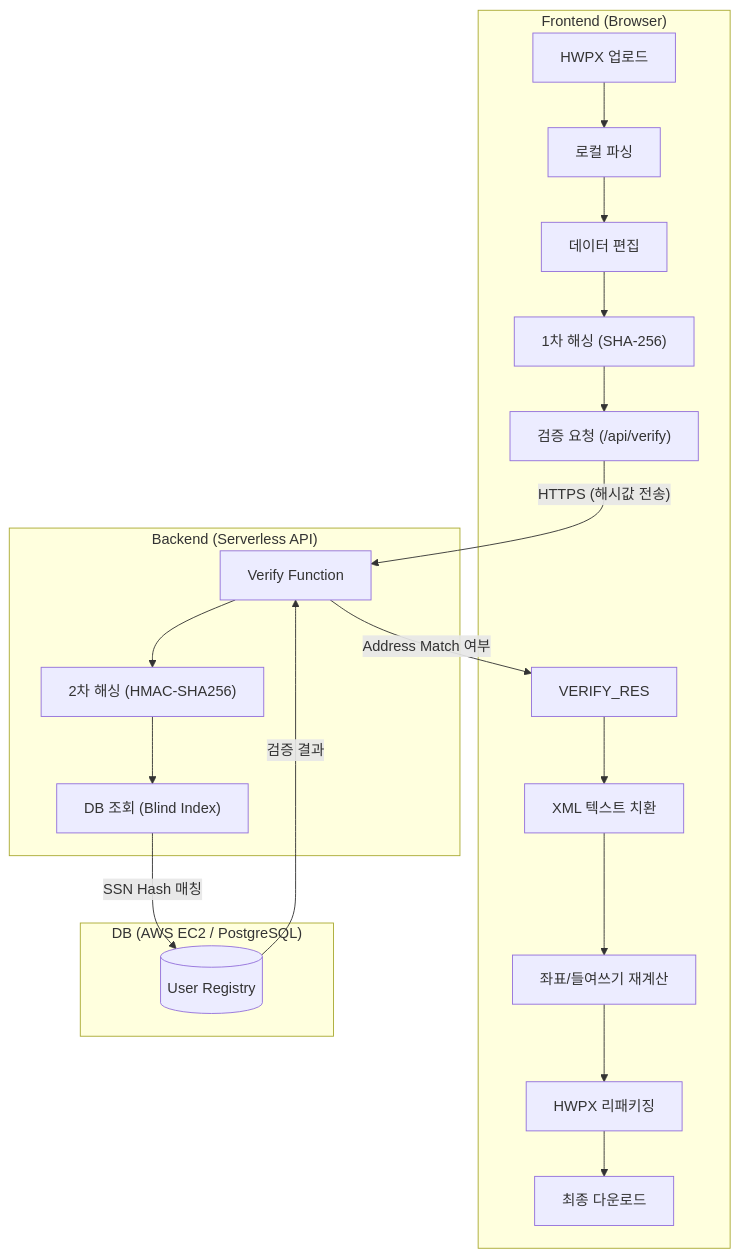
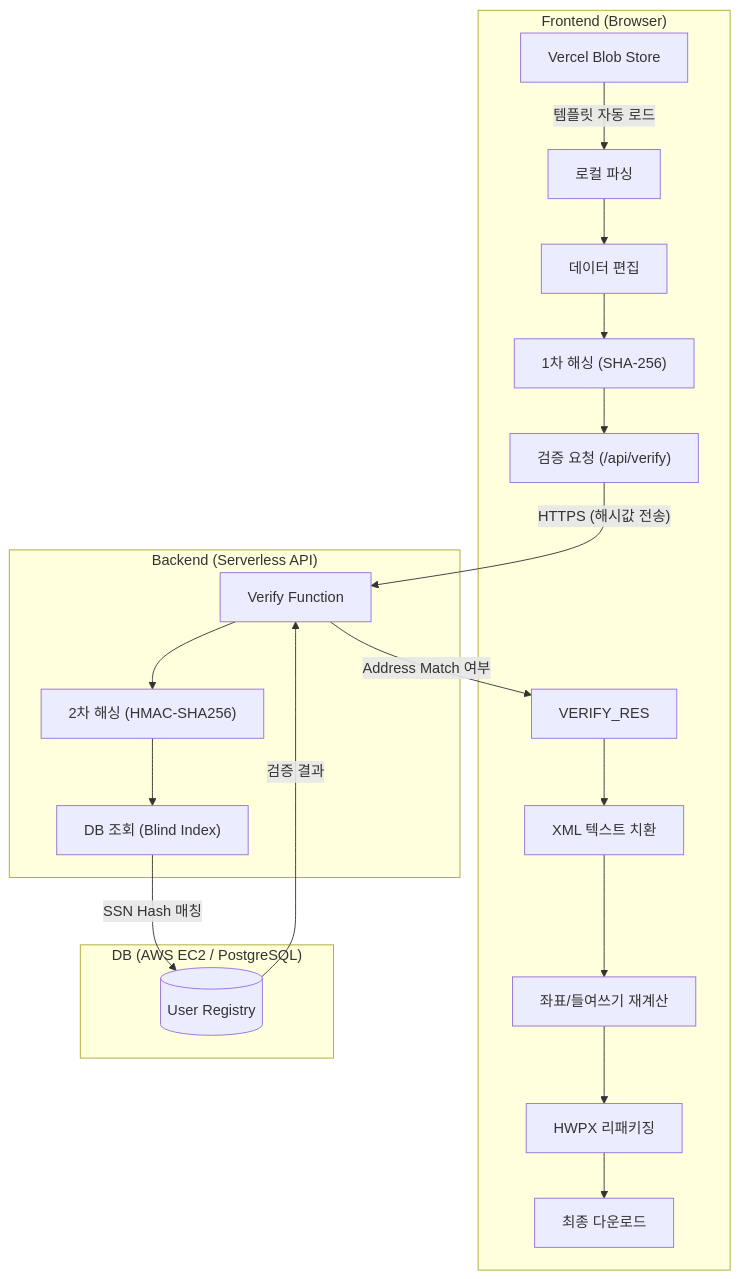
Before and after one commit to jpjp92/hwpx-back: the diagram in README.md, drawn with Mermaid. The commit also changed other lines of this file and 3 other files, not shown here.

````diff
--- a/README.md
+++ b/README.md
@@ -27,26 +39,26 @@
 ```mermaid
 flowchart TD
     subgraph Frontend ["Frontend (Browser)"]
-        U[HWPX 업로드] --> PARSE[로컬 파싱]
+        CLOUD[Vercel Blob Store] -- "템플릿 자동 로드" --> PARSE[로컬 파싱]
         PARSE --> EDIT[데이터 편집]
         EDIT --> HASH_CLIENT["1차 해싱 (SHA-256)"]
         HASH_CLIENT --> VERIFY_REQ["검증 요청 (/api/verify)"]
         VERIFY_RES --> REPLACE[XML 텍스트 치환]
         REPLACE --> LAYOUT[좌표/들여쓰기 재계산]
         LAYOUT --> REPACK[HWPX 리패키징]
         REPACK --> DL[최종 다운로드]
     end
 
     subgraph Backend ["Backend (Serverless API)"]
         VERIFY_REQ -- "HTTPS (해시값 전송)" --> API[Verify Function]
         API --> HASH_SERVER["2차 해싱 (HMAC-SHA256)"]
         HASH_SERVER --> QUERY["DB 조회 (Blind Index)"]
     end
 
     subgraph Database ["DB (AWS EC2 / PostgreSQL)"]
         QUERY -- "SSN Hash 매칭" --> DB[("User Registry")]
         DB -- "검증 결과" --> API
     end
 
     API -- "Address Match 여부" --> VERIFY_RES
 ```
````
